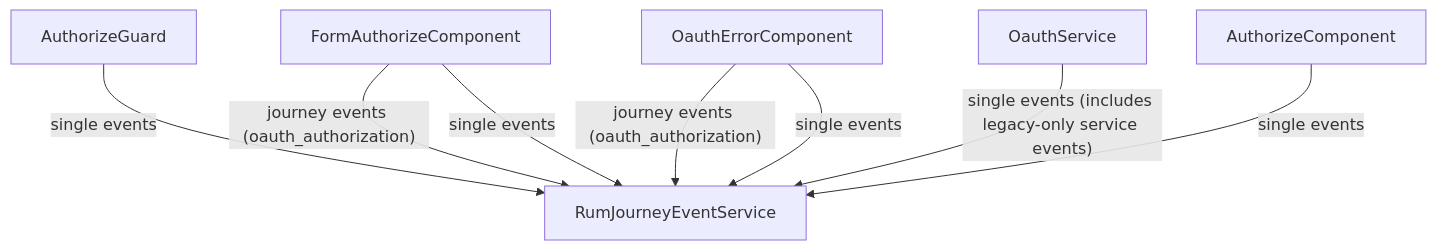
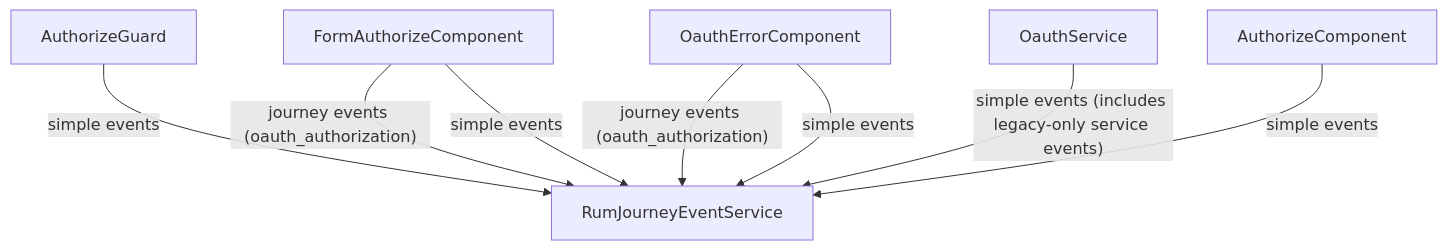
Before and after one commit to ORCID/orcid-angular: the diagram in src/app/rum/oauth-observability.md, drawn with Mermaid. The commit also changed other lines of this file and 3 other files, not shown here.

````diff
--- a/src/app/rum/oauth-observability.md
+++ b/src/app/rum/oauth-observability.md
@@ -33,10 +33,10 @@
 ```mermaid
 flowchart TD
-  AuthorizeGuard["AuthorizeGuard"] -->|"single events"| RumService["RumJourneyEventService"]
+  AuthorizeGuard["AuthorizeGuard"] -->|"simple events"| RumService["RumJourneyEventService"]
   FormAuthorize["FormAuthorizeComponent"] -->|"journey events (oauth_authorization)"| RumService
-  FormAuthorize -->|"single events"| RumService
+  FormAuthorize -->|"simple events"| RumService
   OauthErrorComponent["OauthErrorComponent"] -->|"journey events (oauth_authorization)"| RumService
-  OauthErrorComponent -->|"single events"| RumService
-  OauthService["OauthService"] -->|"single events (includes legacy-only service events)"| RumService
-  AuthorizeComponent["AuthorizeComponent"] -->|"single events"| RumService
+  OauthErrorComponent -->|"simple events"| RumService
+  OauthService["OauthService"] -->|"simple events (includes legacy-only service events)"| RumService
+  AuthorizeComponent["AuthorizeComponent"] -->|"simple events"| RumService
 ```
````
